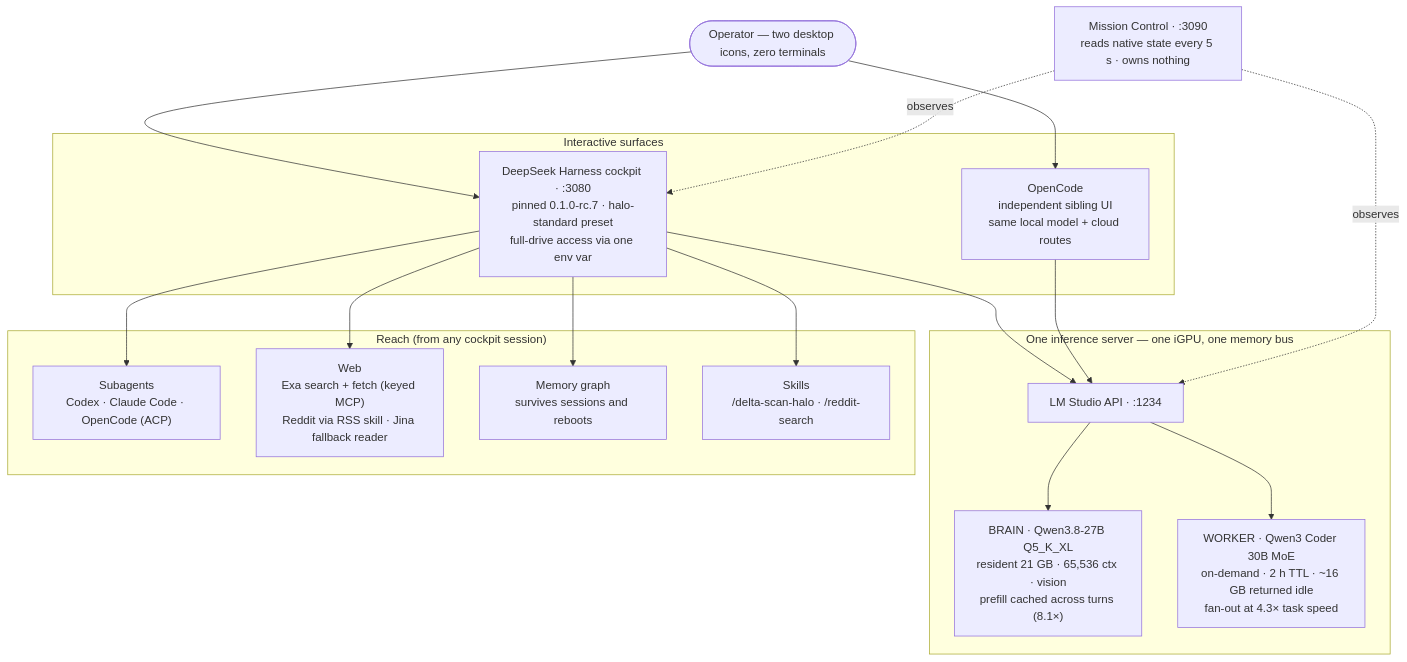
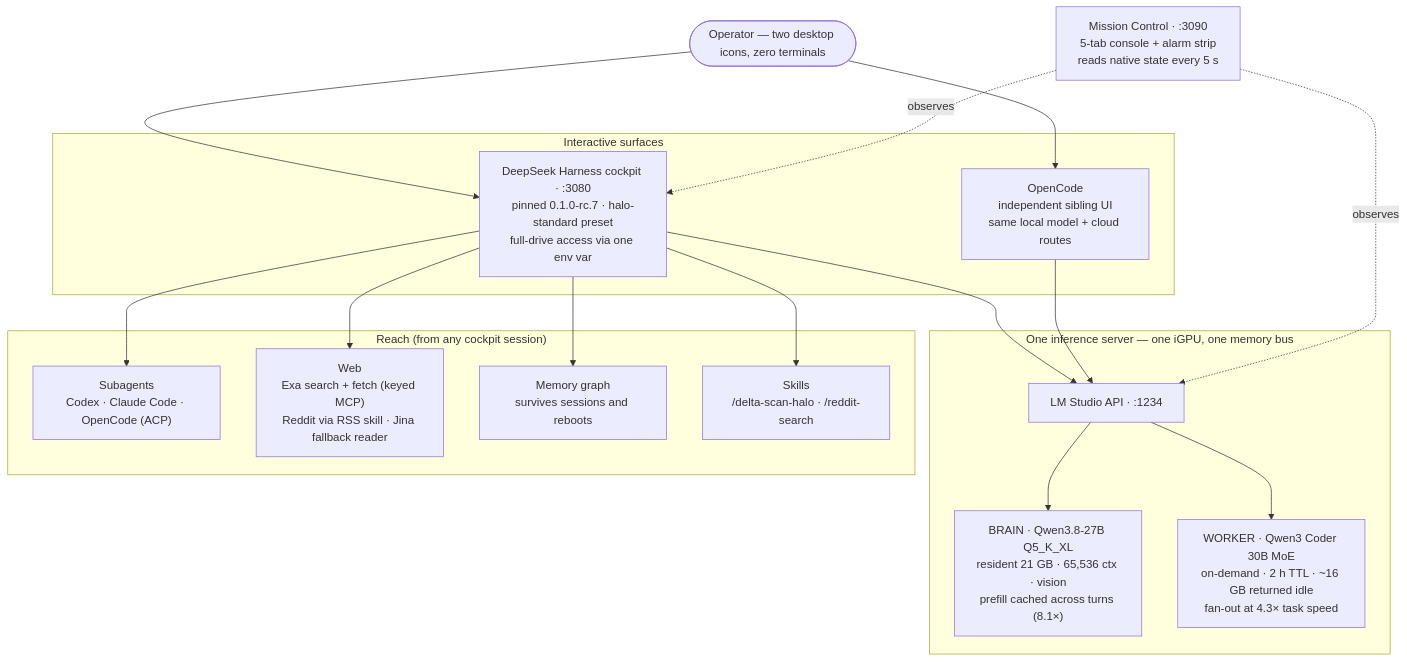
One commit to scottconverse/halo-stack changed the first of 3 diagrams in docs/USER-MANUAL.md. Above: the diagram before and after it, drawn with Mermaid. The commit also changed other lines of this file, not shown here.

Commit message:
docs: user manual reflects mission control v3 console

````diff
--- a/docs/USER-MANUAL.md
+++ b/docs/USER-MANUAL.md
@@ -21,37 +21,37 @@
 ```mermaid
 flowchart TD
     OP(["Operator — two desktop icons, zero terminals"])
 
     OP --> DSH
     OP --> OC
 
     subgraph INTERACTIVE["Interactive surfaces"]
         DSH["DeepSeek Harness cockpit · :3080<br/>pinned 0.1.0-rc.7 · halo-standard preset<br/>full-drive access via one env var"]
         OC["OpenCode<br/>independent sibling UI<br/>same local model + cloud routes"]
     end
 
     DSH --> LMS
     OC --> LMS
 
     subgraph INFERENCE["One inference server — one iGPU, one memory bus"]
         LMS["LM Studio API · :1234"]
         LMS --> BRAIN["BRAIN · Qwen3.8-27B Q5_K_XL<br/>resident 21 GB · 65,536 ctx · vision<br/>prefill cached across turns (8.1×)"]
         LMS --> WORKER["WORKER · Qwen3 Coder 30B MoE<br/>on-demand · 2 h TTL · ~16 GB returned idle<br/>fan-out at 4.3× task speed"]
     end
 
     subgraph REACH["Reach (from any cockpit session)"]
         SUB["Subagents<br/>Codex · Claude Code · OpenCode (ACP)"]
         WEB["Web<br/>Exa search + fetch (keyed MCP)<br/>Reddit via RSS skill · Jina fallback reader"]
         MEM["Memory graph<br/>survives sessions and reboots"]
         SKILLS["Skills<br/>/delta-scan-halo · /reddit-search"]
     end
 
     DSH --> SUB
     DSH --> WEB
     DSH --> MEM
     DSH --> SKILLS
 
-    MC["Mission Control · :3090<br/>reads native state every 5 s · owns nothing"]
+    MC["Mission Control · :3090<br/>5-tab console + alarm strip<br/>reads native state every 5 s"]
     MC -.observes.-> DSH
     MC -.observes.-> LMS
 ```
````
